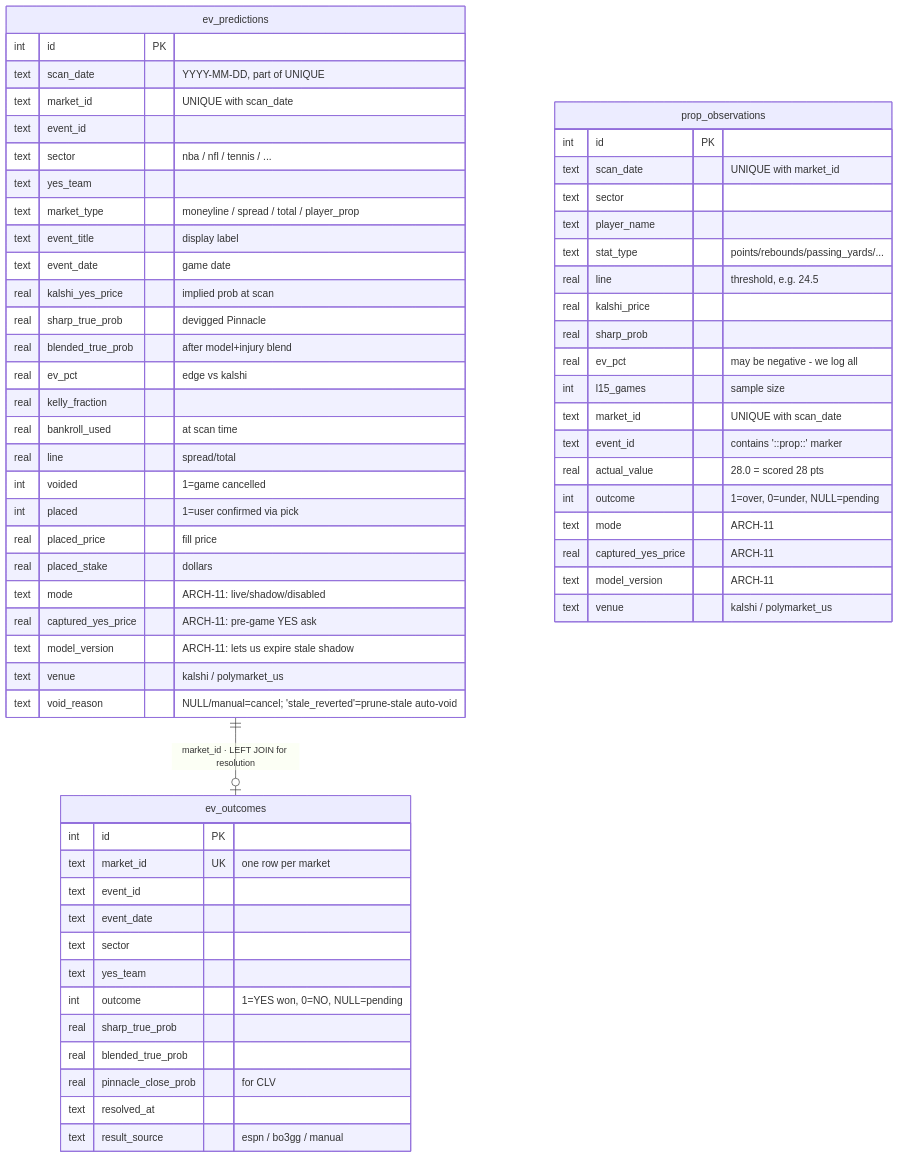
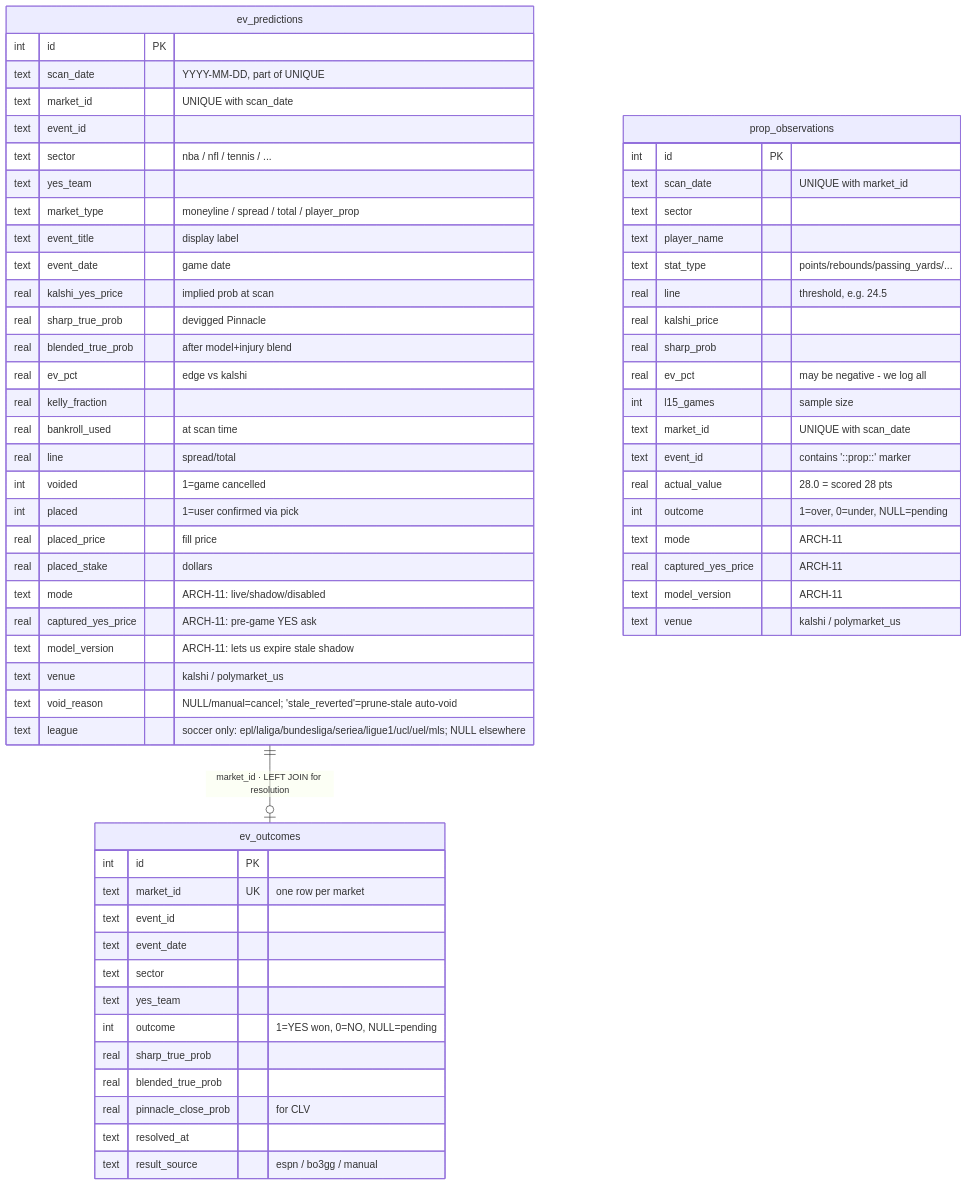
One commit to tzeng7/evmax-sim changed the second of 2 diagrams in CLAUDE.md. Above: the diagram before and after it, drawn with Mermaid. The commit also changed other lines of this file and 19 other files, not shown here.

First line of the commit message:
feat(soccer): league as a first-class dimension inside the soccer sector

````diff
--- a/CLAUDE.md
+++ b/CLAUDE.md
@@ -529,67 +531,68 @@
 ```mermaid
 erDiagram
     ev_predictions ||--o| ev_outcomes : "market_id · LEFT JOIN for resolution"
     ev_predictions {
         int id PK
         text scan_date "YYYY-MM-DD, part of UNIQUE"
         text market_id "UNIQUE with scan_date"
         text event_id
         text sector "nba / nfl / tennis / ..."
         text yes_team
         text market_type "moneyline / spread / total / player_prop"
         text event_title "display label"
         text event_date "game date"
         real kalshi_yes_price "implied prob at scan"
         real sharp_true_prob "devigged Pinnacle"
         real blended_true_prob "after model+injury blend"
         real ev_pct "edge vs kalshi"
         real kelly_fraction
         real bankroll_used "at scan time"
         real line "spread/total"
         int voided "1=game cancelled"
         int placed "1=user confirmed via pick"
         real placed_price "fill price"
         real placed_stake "dollars"
         text mode "ARCH-11: live/shadow/disabled"
         real captured_yes_price "ARCH-11: pre-game YES ask"
         text model_version "ARCH-11: lets us expire stale shadow"
         text venue "kalshi / polymarket_us"
         text void_reason "NULL/manual=cancel; 'stale_reverted'=prune-stale auto-void"
+        text league "soccer only: epl/laliga/bundesliga/seriea/ligue1/ucl/uel/mls; NULL elsewhere"
     }
 
     prop_observations {
         int id PK
         text scan_date "UNIQUE with market_id"
         text sector
         text player_name
         text stat_type "points/rebounds/passing_yards/..."
         real line "threshold, e.g. 24.5"
         real kalshi_price
         real sharp_prob
         real ev_pct "may be negative - we log all"
         int l15_games "sample size"
         text market_id "UNIQUE with scan_date"
         text event_id "contains '::prop::' marker"
         real actual_value "28.0 = scored 28 pts"
         int outcome "1=over, 0=under, NULL=pending"
         text mode "ARCH-11"
         real captured_yes_price "ARCH-11"
         text model_version "ARCH-11"
         text venue "kalshi / polymarket_us"
     }
 
     ev_outcomes {
         int id PK
         text market_id UK "one row per market"
         text event_id
         text event_date
         text sector
         text yes_team
         int outcome "1=YES won, 0=NO, NULL=pending"
         real sharp_true_prob
         real blended_true_prob
         real pinnacle_close_prob "for CLV"
         text resolved_at
         text result_source "espn / bo3gg / manual"
     }
 ```
````
